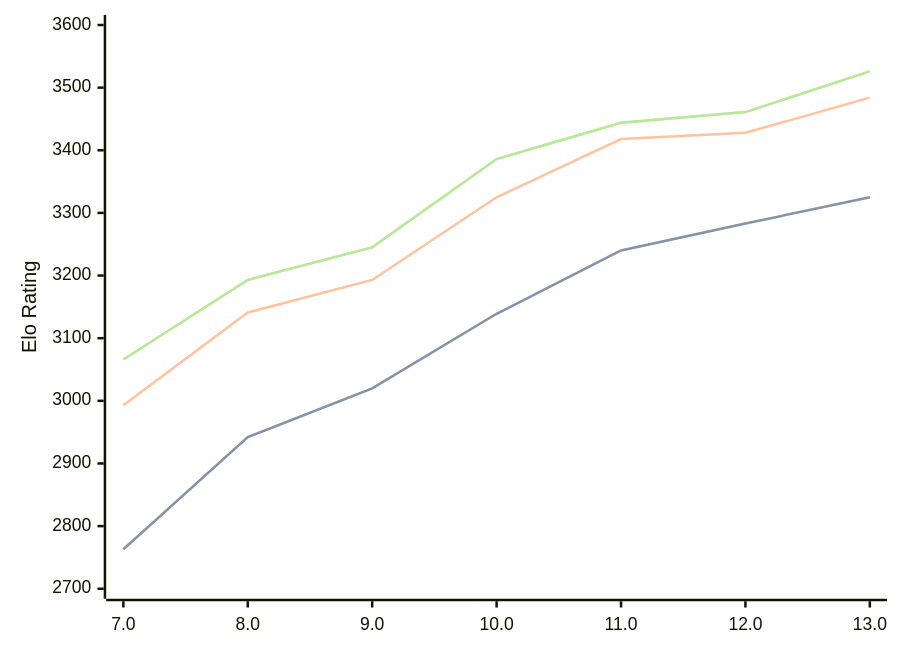
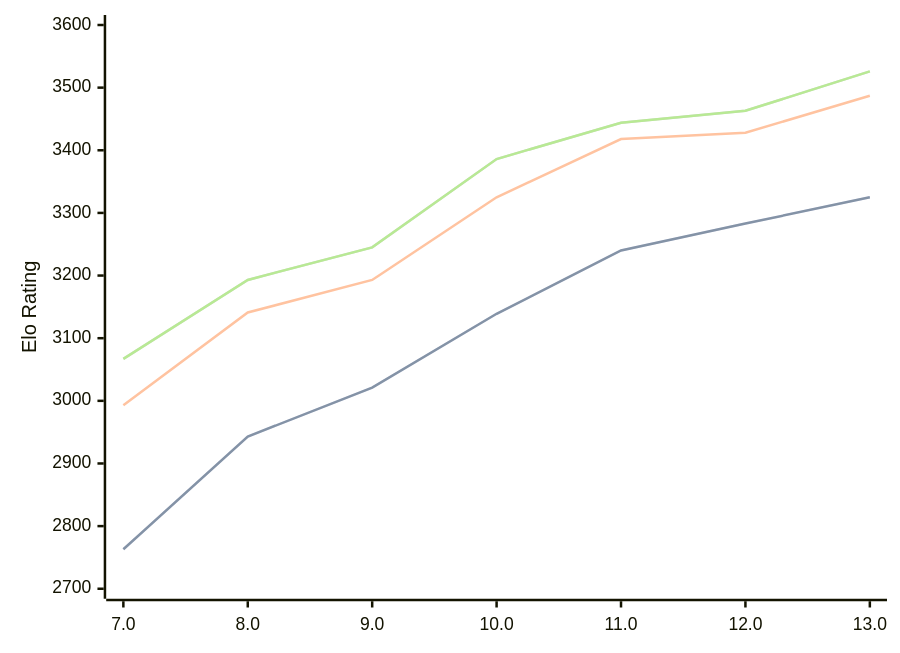
The diagram in engines/Tcheran.md (computer-chess-index/cci), drawn with Mermaid before and after one commit. The commit also changed other lines of this file, not shown here.

Commit message:
Update CCI Ratings (ELO VLTC) - 2026-08-29

````diff
--- a/engines/Tcheran.md
+++ b/engines/Tcheran.md
@@ -37,11 +37,11 @@
 ```mermaid
 %%{init: {"theme":"base","themeVariables":{"seriesColors:['#a3a3a3','#222221','#faa371']}}}%%
 xychart-beta
   x-axis ["7.0", "8.0", "9.0", "10.0", "11.0", "12.0", "13.0"]
   y-axis "Elo Rating" 2700 --> 3600
-  line "" [2763, 2942, 3020, 3139, 3240, 3283, 3325]
-  line "STC (8.0+0.08s)" [2763, 2942, 3020, 3139, 3240, 3283, 3325]
-  line "LTC (60.0+0.60s)" [2993, 3141, 3193, 3325, 3418, 3428, 3484]
-  line "" [3066, 3193, 3245, 3386, 3444, 3461, 3526]
-  line "VLTC (2m24s+1.12s)" [3066, 3193, 3245, 3386, 3444, 3461, 3526]
+  line "" [2763, 2943, 3021, 3139, 3240, 3283, 3325]
+  line "STC (8.0+0.08s)" [2763, 2943, 3021, 3139, 3240, 3283, 3325]
+  line "LTC (60.0+0.60s)" [2993, 3141, 3193, 3325, 3418, 3428, 3487]
+  line "" [3067, 3193, 3245, 3386, 3444, 3463, 3526]
+  line "VLTC (2m24s+1.12s)" [3067, 3193, 3245, 3386, 3444, 3463, 3526]
 ```
````
